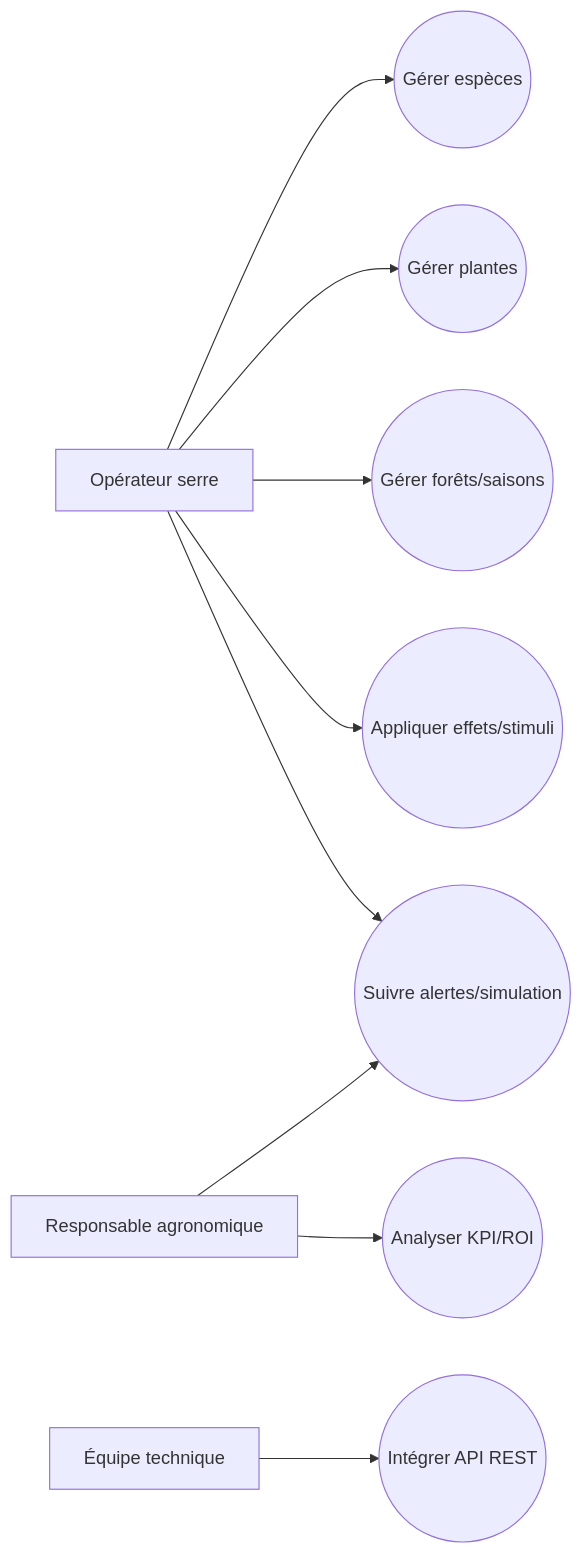
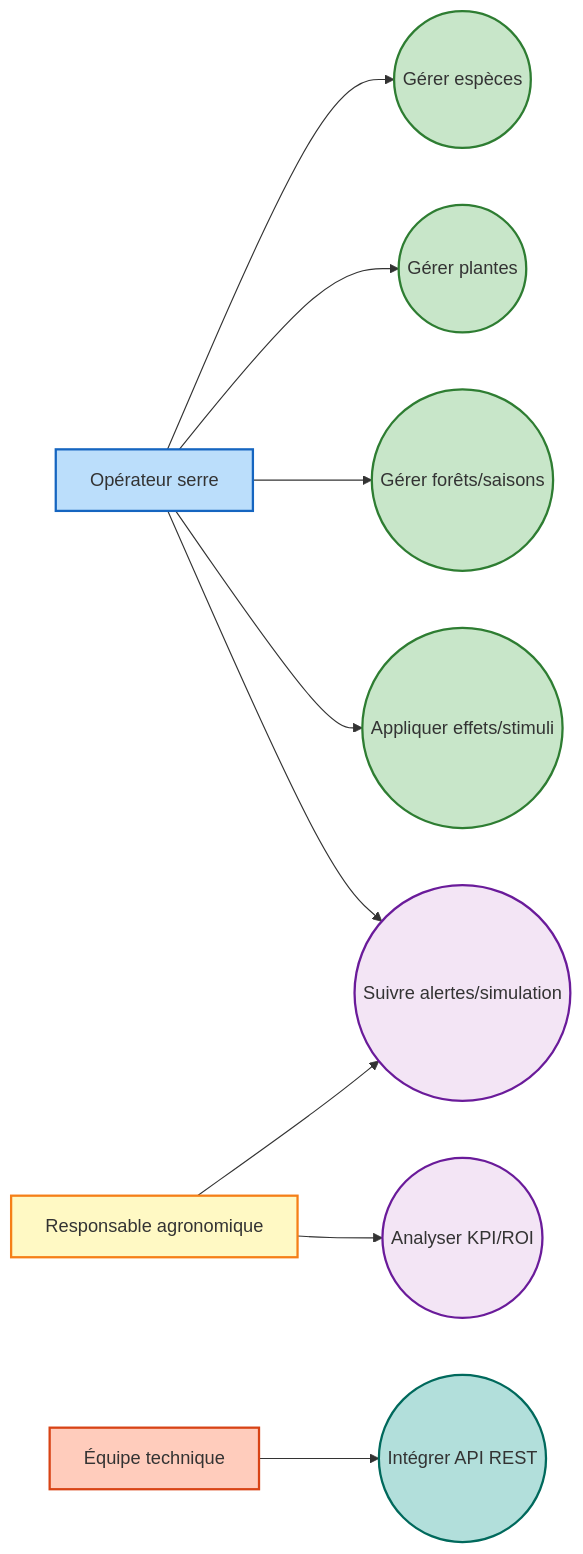
The seventh of 10 diagrams in docs/index.md (fasai444/GreenDesk), drawn with Mermaid before and after one commit. The commit also changed other lines of this file and 6 other files, not shown here.

````diff
--- a/docs/index.md
+++ b/docs/index.md
@@ -396,23 +454,34 @@
 ```mermaid
 flowchart LR
-	Operator[Opérateur serre]
-	Manager[Responsable agronomique]
-	Dev[Équipe technique]
+    Operator[Opérateur serre]
+    Manager[Responsable agronomique]
+    Dev[Équipe technique]
 
-	UC1((Gérer espèces))
-	UC2((Gérer plantes))
-	UC3((Gérer forêts/saisons))
-	UC4((Appliquer effets/stimuli))
-	UC5((Suivre alertes/simulation))
-	UC6((Analyser KPI/ROI))
-	UC7((Intégrer API REST))
+    UC1((Gérer espèces))
+    UC2((Gérer plantes))
+    UC3((Gérer forêts/saisons))
+    UC4((Appliquer effets/stimuli))
+    UC5((Suivre alertes/simulation))
+    UC6((Analyser KPI/ROI))
+    UC7((Intégrer API REST))
 
-	Operator --> UC1
-	Operator --> UC2
-	Operator --> UC3
-	Operator --> UC4
-	Operator --> UC5
-	Manager --> UC5
-	Manager --> UC6
-	Dev --> UC7
+    Operator --> UC1
+    Operator --> UC2
+    Operator --> UC3
+    Operator --> UC4
+    Operator --> UC5
+    Manager --> UC5
+    Manager --> UC6
+    Dev --> UC7
+    
+    style Operator fill:#bbdefb,stroke:#1565c0,stroke-width:2px
+    style Manager fill:#fff9c4,stroke:#f57f17,stroke-width:2px
+    style Dev fill:#ffccbc,stroke:#d84315,stroke-width:2px
+    style UC1 fill:#c8e6c9,stroke:#2e7d32,stroke-width:2px
+    style UC2 fill:#c8e6c9,stroke:#2e7d32,stroke-width:2px
+    style UC3 fill:#c8e6c9,stroke:#2e7d32,stroke-width:2px
+    style UC4 fill:#c8e6c9,stroke:#2e7d32,stroke-width:2px
+    style UC5 fill:#f3e5f5,stroke:#6a1b9a,stroke-width:2px
+    style UC6 fill:#f3e5f5,stroke:#6a1b9a,stroke-width:2px
+    style UC7 fill:#b2dfdb,stroke:#00695c,stroke-width:2px
 ```
````
